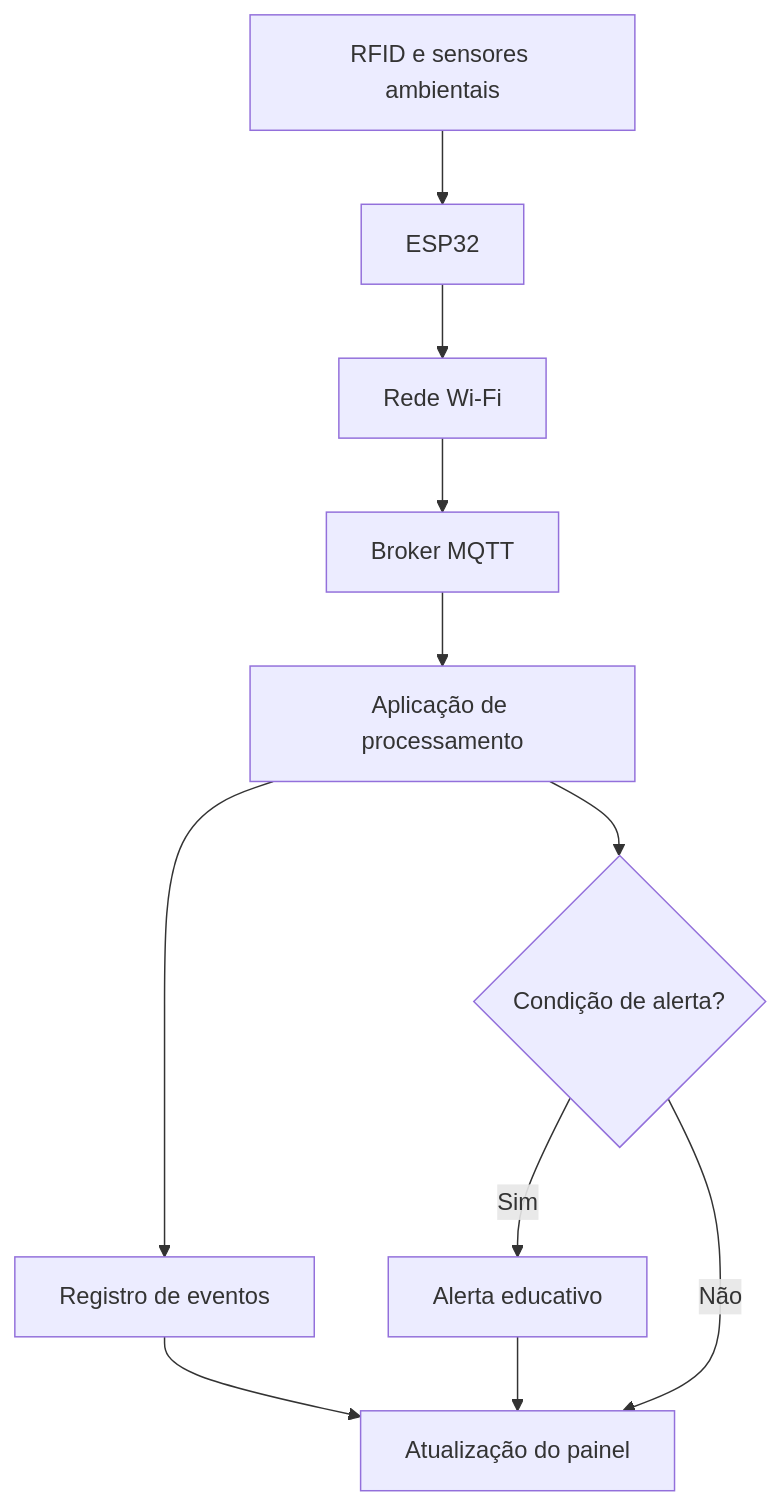
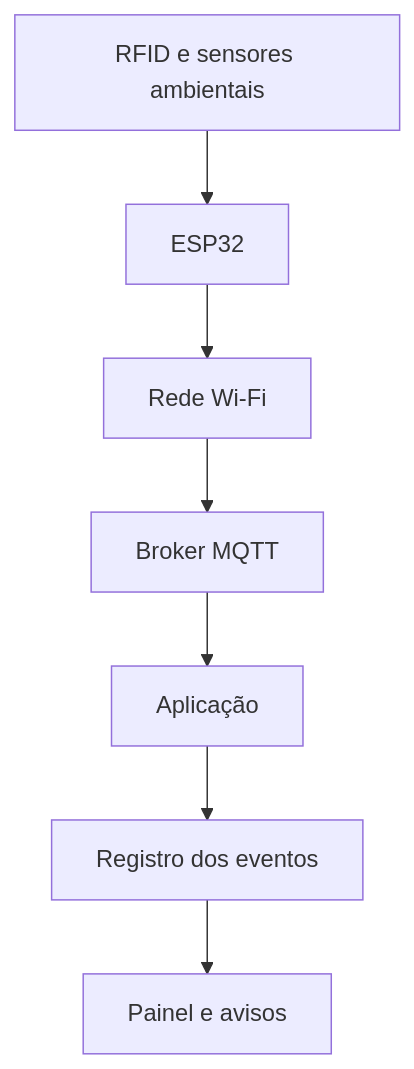
Before and after one commit to guidabuul/Trunfo-Atomico-IoT: the diagram in README.md, drawn with Mermaid. The commit also changed other lines of this file, not shown here.

````diff
--- a/README.md
+++ b/README.md
@@ -46,13 +33,9 @@
 ```mermaid
 flowchart TD
     A["RFID e sensores ambientais"] --> B["ESP32"]
     B --> C["Rede Wi-Fi"]
     C --> D["Broker MQTT"]
-    D --> E["Aplicação de processamento"]
-    E --> F["Registro de eventos"]
-    E --> G{"Condição de alerta?"}
-    G -->|Sim| H["Alerta educativo"]
-    G -->|Não| I["Atualização do painel"]
-    F --> I
-    H --> I
+    D --> E["Aplicação"]
+    E --> F["Registro dos eventos"]
+    F --> G["Painel e avisos"]
 ```
````
